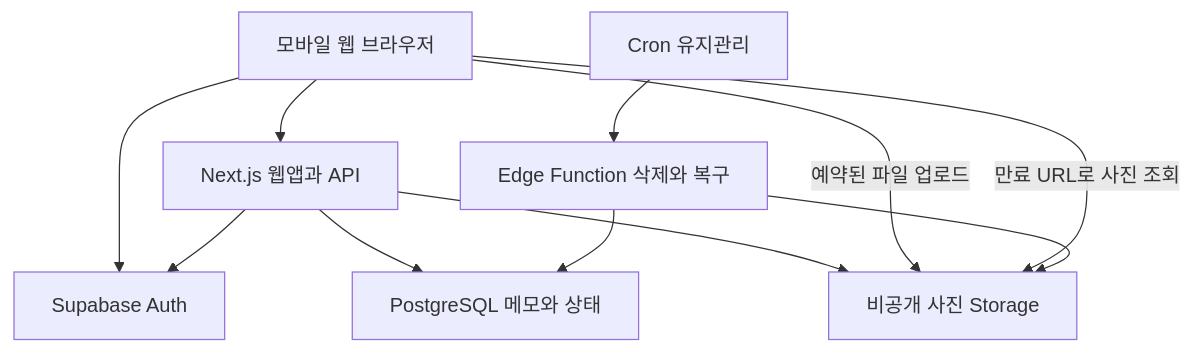
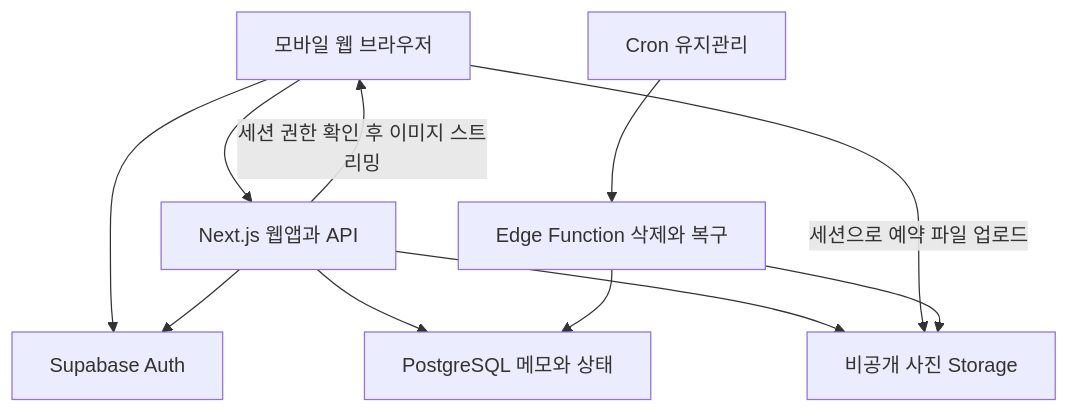
One commit to JooJeongwon/recall-memory changed the first of 3 diagrams in ARCHITECTURE.md. Above: the diagram before and after it, drawn with Mermaid. The commit also changed other lines of this file and 27 other files, not shown here.

````diff
--- a/ARCHITECTURE.md
+++ b/ARCHITECTURE.md
@@ -9,13 +9,13 @@
 ```mermaid
 flowchart TD
     Browser["모바일 웹 브라우저"] --> App["Next.js 웹앱과 API"]
     Browser --> Auth["Supabase Auth"]
     App --> Auth
     App --> DB["PostgreSQL 메모와 상태"]
     App --> Storage["비공개 사진 Storage"]
-    Browser -->|"예약된 파일 업로드"| Storage
-    Browser -->|"만료 URL로 사진 조회"| Storage
+    Browser -->|"세션으로 예약 파일 업로드"| Storage
+    App -->|"세션 권한 확인 후 이미지 스트리밍"| Browser
     Cron["Cron 유지관리"] --> Worker["Edge Function 삭제와 복구"]
     Worker --> DB
     Worker --> Storage
 ```
````
